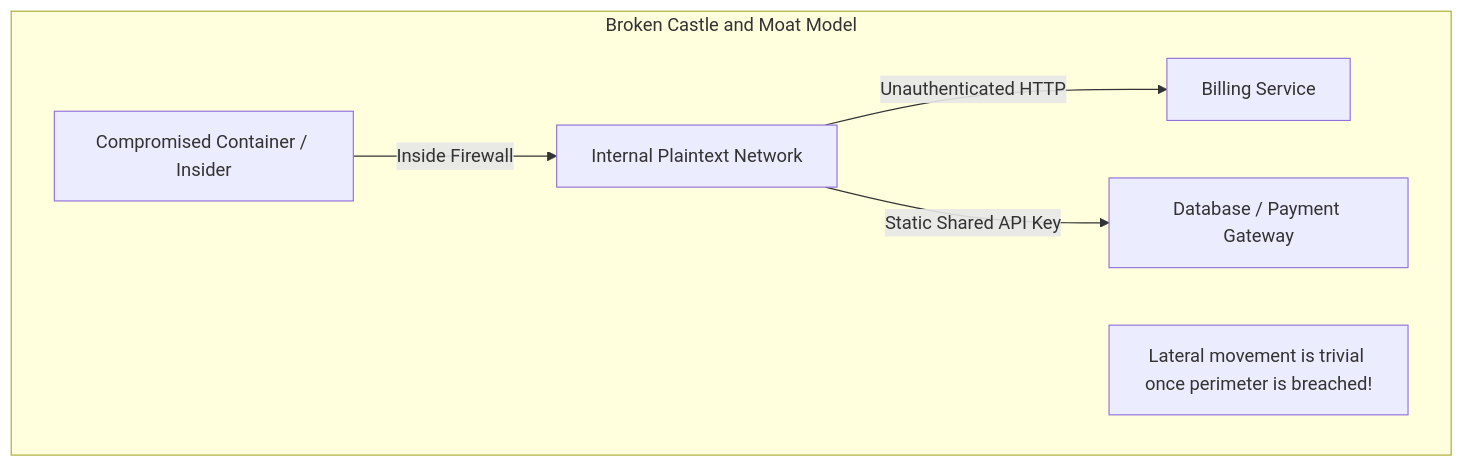
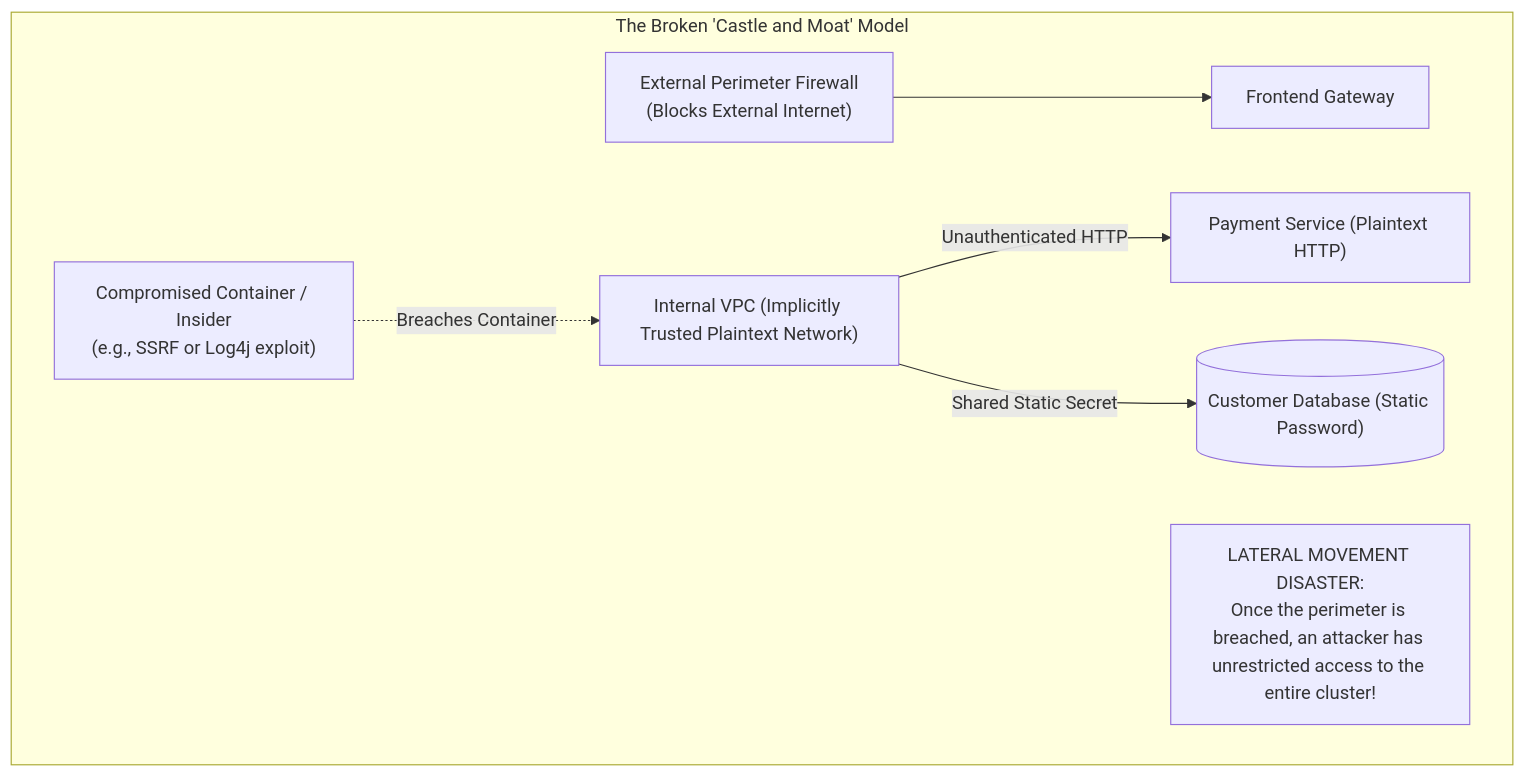
Before and after one commit to weaponxwolf/backend-engineering-mastry: the first of 7 diagrams in docs/production/oauth2-zerotrust-mesh.mdx, drawn with Mermaid. The commit also changed other lines of this file and 15 other files, not shown here.

````diff
--- a/docs/production/oauth2-zerotrust-mesh.mdx
+++ b/docs/production/oauth2-zerotrust-mesh.mdx
@@ -13,9 +14,18 @@
 ```mermaid
 flowchart TD
-    subgraph Broken Castle and Moat Model
-        Attacker[Compromised Container / Insider] -->|Inside Firewall| InternalNet[Internal Plaintext Network]
-        InternalNet -->|Unauthenticated HTTP| ServiceA[Billing Service]
-        InternalNet -->|Static Shared API Key| ServiceB[Database / Payment Gateway]
-        Note1["Lateral movement is trivial once perimeter is breached!"]
+    subgraph BrokenPerimeter["The Broken 'Castle and Moat' Model"]
+        Attacker["Compromised Container / Insider\n(e.g., SSRF or Log4j exploit)"]
+        Firewall["External Perimeter Firewall\n(Blocks External Internet)"]
+        InternalVPC["Internal VPC (Implicitly Trusted Plaintext Network)"]
+        
+        SvcA["Frontend Gateway"]
+        SvcB["Payment Service (Plaintext HTTP)"]
+        DB[("Customer Database (Static Password)")]
+
+        Firewall --> SvcA
+        Attacker -.->|Breaches Container| InternalVPC
+        InternalVPC -->|Unauthenticated HTTP| SvcB
+        InternalVPC -->|Shared Static Secret| DB
+        Note1["LATERAL MOVEMENT DISASTER:\nOnce the perimeter is breached, an attacker has unrestricted access to the entire cluster!"]
     end
 ```
````
